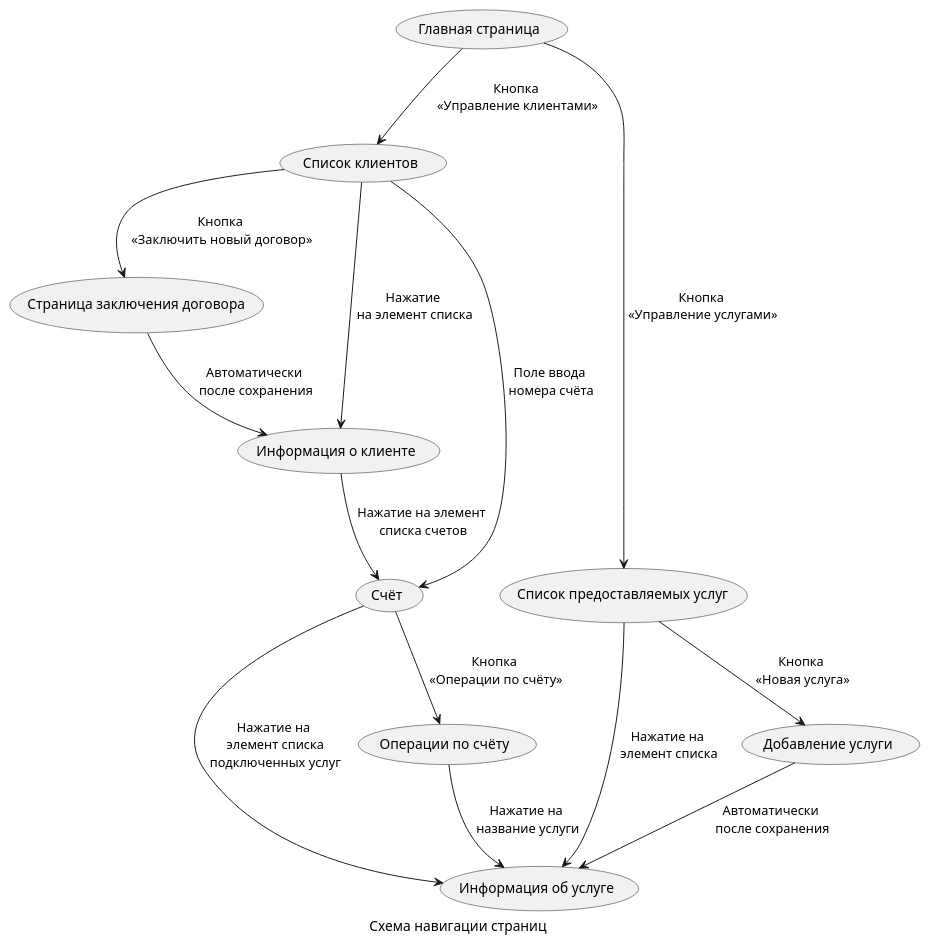
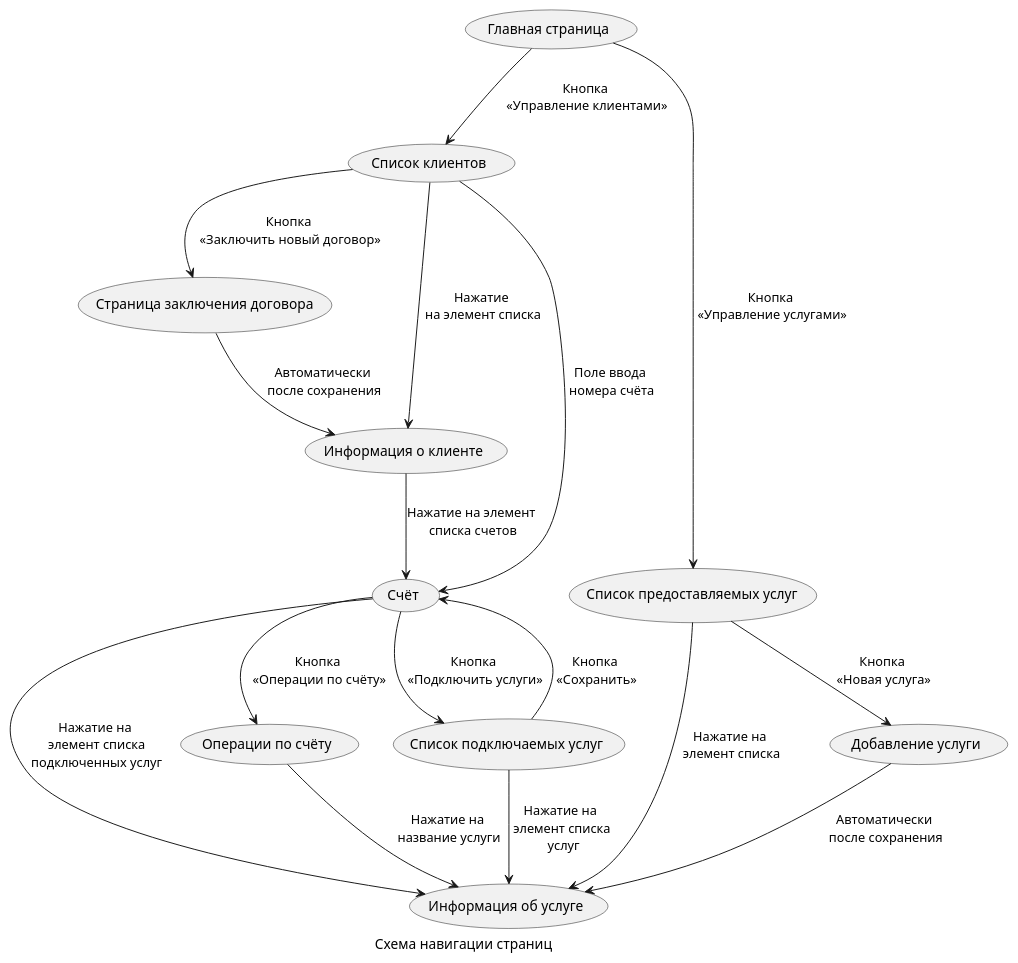
Before and after one commit to DannyP-1703/webprac: the diagram in doc/page_navigation.puml, drawn with PlantUML. The commit also changed 4 other files, not shown here.

```diff
--- a/doc/page_navigation.puml
+++ b/doc/page_navigation.puml
@@ -1,36 +1,42 @@
 @startuml
 
 caption Схема навигации страниц
 
 (Главная страница) as main
 (Список клиентов) as clientList
 (Страница заключения договора) as newClient
 (Информация о клиенте) as client
 (Счёт) as account
 (Список предоставляемых услуг) as serviceList
 (Информация об услуге) as service
 (Добавление услуги) as newService
 (Операции по счёту) as operations
+(Список подключаемых услуг) as serviceAdd
 
 main --> clientList : Кнопка\n <<Управление клиентами>>
 main --> serviceList : Кнопка\n <<Управление услугами>>
 
 clientList --> account : Поле ввода\n номера счёта
 clientList --> newClient : Кнопка\n <<Заключить новый договор>>
 clientList --> client : Нажатие\n на элемент списка
 
 newClient --> client : Автоматически\n после сохранения
 
 client --> account : Нажатие на элемент\n списка счетов
 
 account --> operations : Кнопка\n <<Операции по счёту>>
 account --> service : Нажатие на\n элемент списка\n подключенных услуг
+account --> serviceAdd : Кнопка\n <<Подключить услуги>>
+
+serviceAdd --> account : Кнопка\n <<Сохранить>>
+serviceAdd --> service : Нажатие на\n элемент списка\n  услуг
+
 
 serviceList --> service : Нажатие на\n элемент списка
 serviceList --> newService : Кнопка\n <<Новая услуга>>
 
 newService --> service : Автоматически\n после сохранения
 
 operations --> service : Нажатие на\n название услуги
 
 @enduml
```
